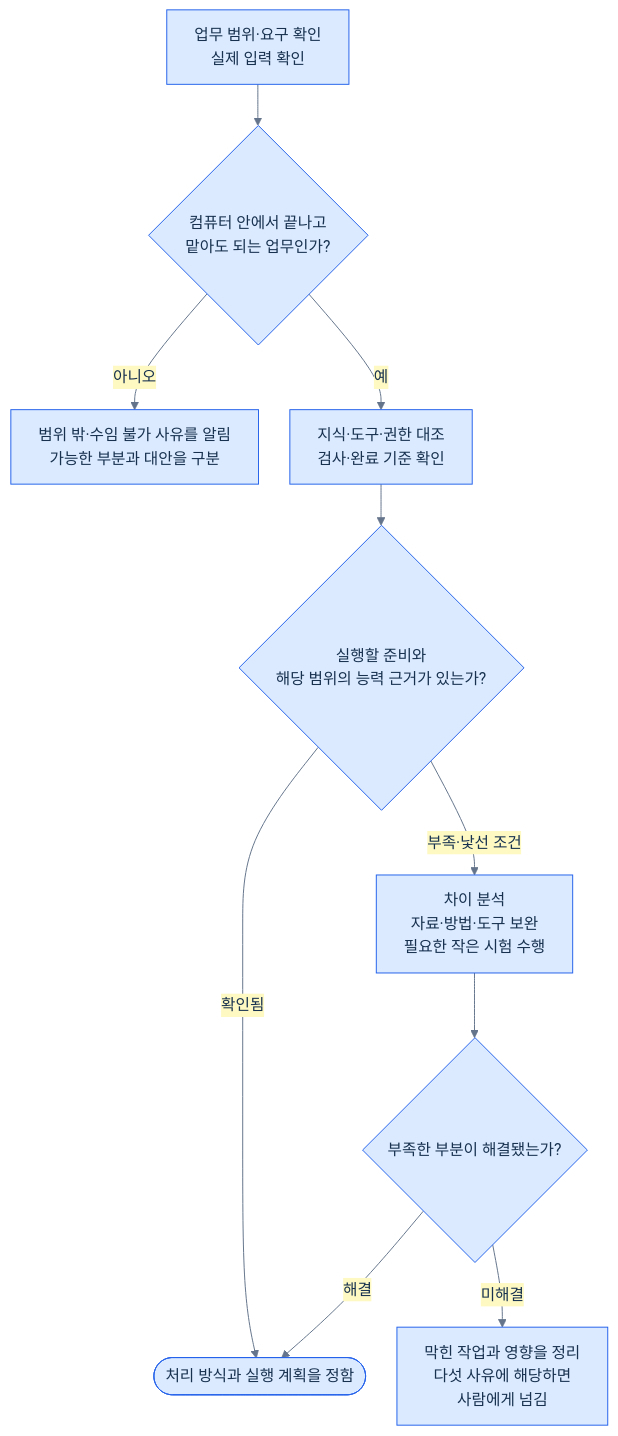
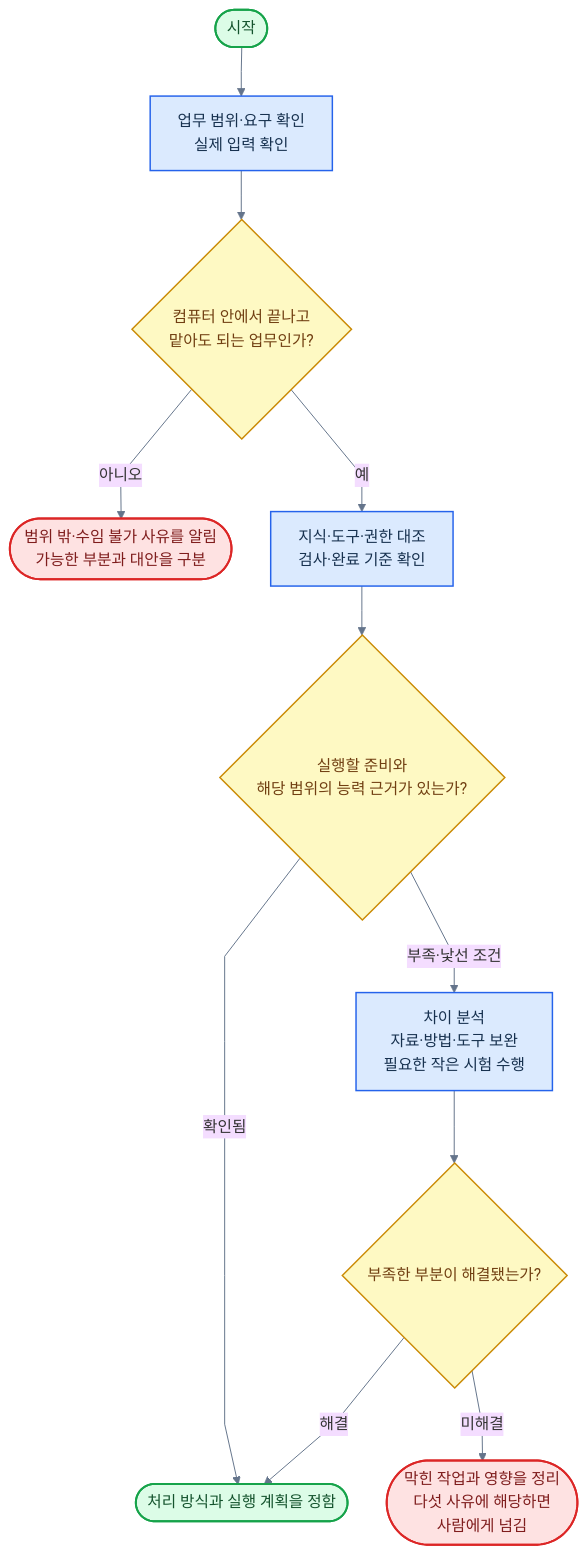
The second of 17 diagrams in 전문가 에이전트 정의 2.md (harisbaguette/expert), drawn with Mermaid before and after one commit. The commit also changed other lines of this file, not shown here.

````diff
--- a/전문가 에이전트 정의 2.md
+++ b/전문가 에이전트 정의 2.md
@@ -52,20 +69,28 @@
 ```mermaid
-%%{init: {"theme": "base", "themeVariables": {"fontFamily": "Arial, sans-serif", "fontSize": "16px", "primaryColor": "#dbeafe", "primaryTextColor": "#17314f", "primaryBorderColor": "#2563eb", "lineColor": "#64748b", "secondaryColor": "#fef9c3", "tertiaryColor": "#f8fafc"}, "flowchart": {"curve": "basis", "nodeSpacing": 32, "rankSpacing": 42, "padding": 14, "wrappingWidth": 240, "useMaxWidth": true}}}%%
+%%{init: {"theme":"base","themeVariables":{"fontFamily":"Arial, sans-serif","fontSize":"16px","lineColor":"#64748b"},"flowchart":{"curve":"linear","nodeSpacing":40,"rankSpacing":50,"padding":14,"wrappingWidth":240,"useMaxWidth":true}}}%%
 flowchart TB
+    S(["시작"])
     A["업무 범위·요구 확인<br/>실제 입력 확인"]
     B{"컴퓨터 안에서 끝나고<br/>맡아도 되는 업무인가?"}
-    X["범위 밖·수임 불가 사유를 알림<br/>가능한 부분과 대안을 구분"]
+    X(["범위 밖·수임 불가 사유를 알림<br/>가능한 부분과 대안을 구분"])
     C["지식·도구·권한 대조<br/>검사·완료 기준 확인"]
     D{"실행할 준비와<br/>해당 범위의 능력 근거가 있는가?"}
     E["차이 분석<br/>자료·방법·도구 보완<br/>필요한 작은 시험 수행"]
     F{"부족한 부분이 해결됐는가?"}
-    H["막힌 작업과 영향을 정리<br/>다섯 사유에 해당하면<br/>사람에게 넘김"]
+    H(["막힌 작업과 영향을 정리<br/>다섯 사유에 해당하면<br/>사람에게 넘김"])
     G(["처리 방식과 실행 계획을 정함"])
-    A --> B
+    S --> A --> B
     B -->|아니오| X
     B -->|예| C --> D
     D -->|확인됨| G
     D -->|부족·낯선 조건| E --> F
     F -->|해결| G
     F -->|미해결| H
+    classDef default fill:#dbeafe,stroke:#2563eb,stroke-width:1.5px,color:#17314f
+    classDef term fill:#dcfce7,stroke:#16a34a,stroke-width:2px,color:#14532d
+    classDef stop fill:#fee2e2,stroke:#dc2626,stroke-width:2px,color:#7f1d1d
+    classDef dec fill:#fef9c3,stroke:#ca8a04,stroke-width:1.5px,color:#713f12
+    class S,G term
+    class X,H stop
+    class B,D,F dec
 ```
````
